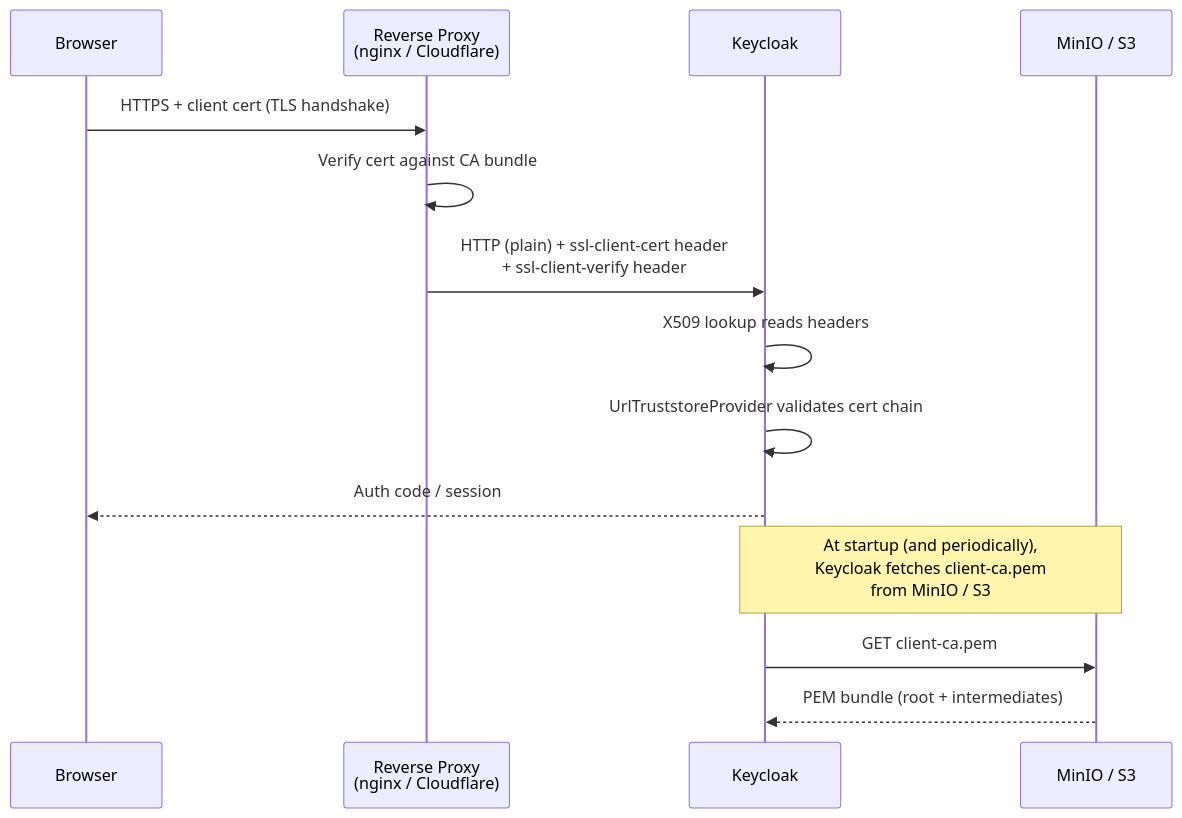
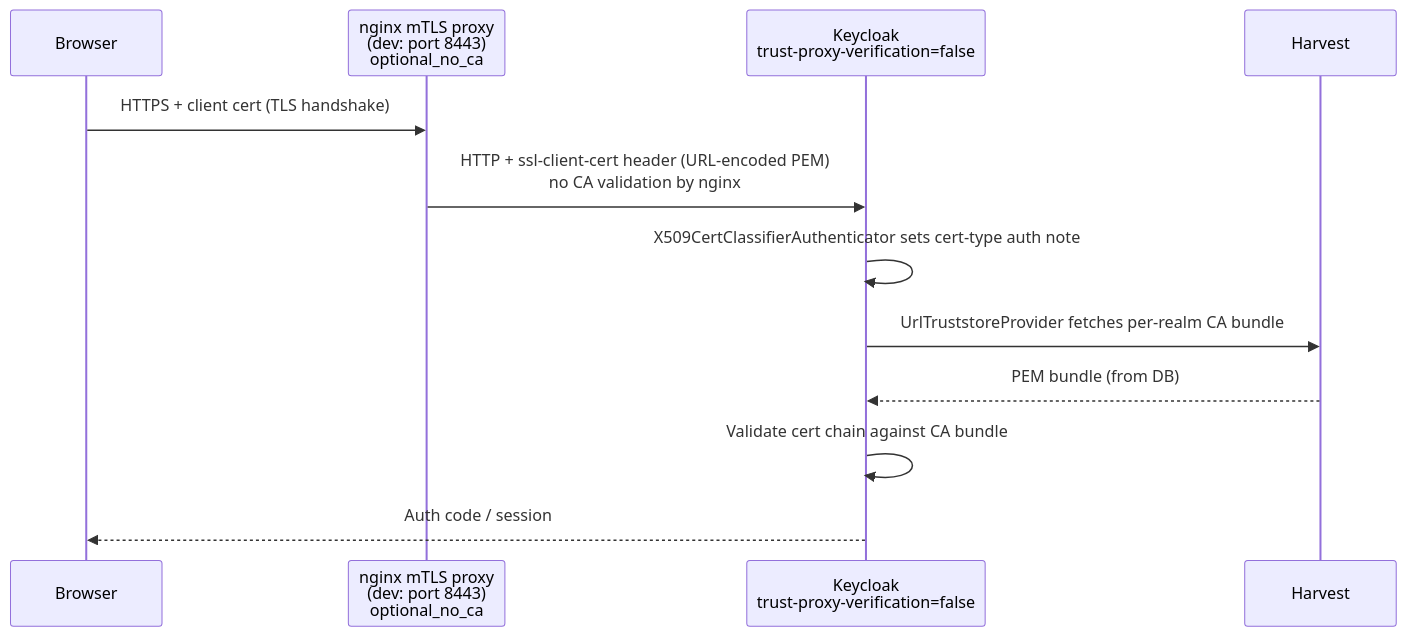
One commit to sequentech/step changed the first of 2 diagrams in docs/docusaurus/docs/07-developers/10-tutorials/07-x509-voter-certificate-authentication.md. Above: the diagram before and after it, drawn with Mermaid. The commit also changed other lines of this file and 2 other files, not shown here.

````diff
--- a/docs/docusaurus/docs/07-developers/10-tutorials/07-x509-voter-certificate-authentication.md
+++ b/docs/docusaurus/docs/07-developers/10-tutorials/07-x509-voter-certificate-authentication.md
@@ -44,17 +32,15 @@
 ```mermaid
 sequenceDiagram
     participant Browser
-    participant Proxy as Reverse Proxy<br/>(nginx / Cloudflare)
-    participant KC as Keycloak
-    participant MinIO as MinIO / S3
+    participant Proxy as nginx mTLS proxy<br/>(dev: port 8443)<br/>optional_no_ca
+    participant KC as Keycloak<br/>trust-proxy-verification=false
+    participant H as Harvest
 
     Browser->>Proxy: HTTPS + client cert (TLS handshake)
-    Proxy->>Proxy: Verify cert against CA bundle
-    Proxy->>KC: HTTP (plain) + ssl-client-cert header<br/>+ ssl-client-verify header
-    KC->>KC: X509 lookup reads headers
-    KC->>KC: UrlTruststoreProvider validates cert chain
+    Proxy->>KC: HTTP + ssl-client-cert header (URL-encoded PEM)<br/>no CA validation by nginx
+    KC->>KC: X509CertClassifierAuthenticator sets cert-type auth note
+    KC->>H: UrlTruststoreProvider fetches per-realm CA bundle
+    H-->>KC: PEM bundle (from DB)
+    KC->>KC: Validate cert chain against CA bundle
     KC-->>Browser: Auth code / session
-    Note over KC,MinIO: At startup (and periodically),<br/>Keycloak fetches client-ca.pem<br/>from MinIO / S3
-    KC->>MinIO: GET client-ca.pem
-    MinIO-->>KC: PEM bundle (root + intermediates)
 ```
````
